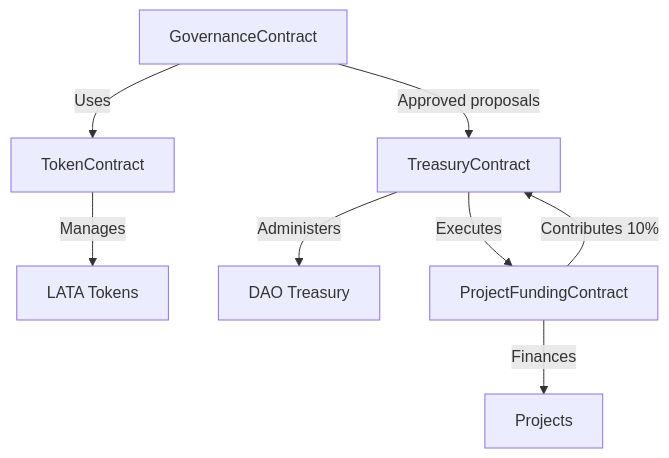
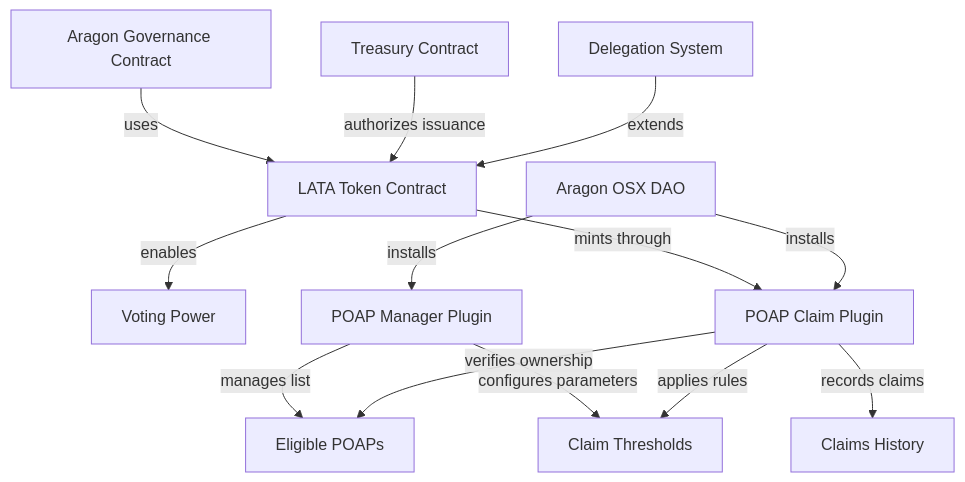
The first of 5 diagrams in YellowPaper_en.md (eth-ecuador/eth-ecuador-dao), drawn with Mermaid before and after one commit. The commit also changed other lines of this file, not shown here.

````diff
--- a/YellowPaper_en.md
+++ b/YellowPaper_en.md
@@ -49,10 +50,15 @@
 ```mermaid
 flowchart TB
-    A[TokenContract] -->|Manages| B[LATA Tokens]
-    C[GovernanceContract] -->|Uses| A
-    D[TreasuryContract] -->|Administers| E[DAO Treasury]
-    F[ProjectFundingContract] -->|Finances| G[Projects]
-    F -->|Contributes 10%| D
-    C -->|Approved proposals| D
-    D -->|Executes| F
+    A[LATA Token Contract] -->|enables| F[Voting Power]
+    A -->|mints through| I[POAP Claim Plugin]
+    C[Aragon Governance Contract] -->|uses| A
+    D[Treasury Contract] -->|authorizes issuance| A
+    E[POAP Manager Plugin] -->|manages list| G[Eligible POAPs]
+    E -->|configures parameters| H[Claim Thresholds]
+    I -->|verifies ownership| G
+    I -->|applies rules| H
+    I -->|records claims| J[Claims History]
+    K[Aragon OSX DAO] -->|installs| E
+    K -->|installs| I
+    L[Delegation System] -->|extends| A
 ```
````
